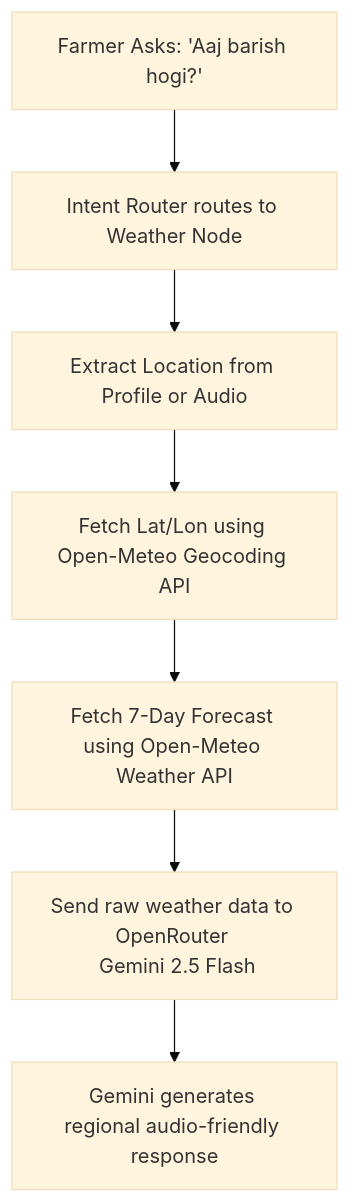
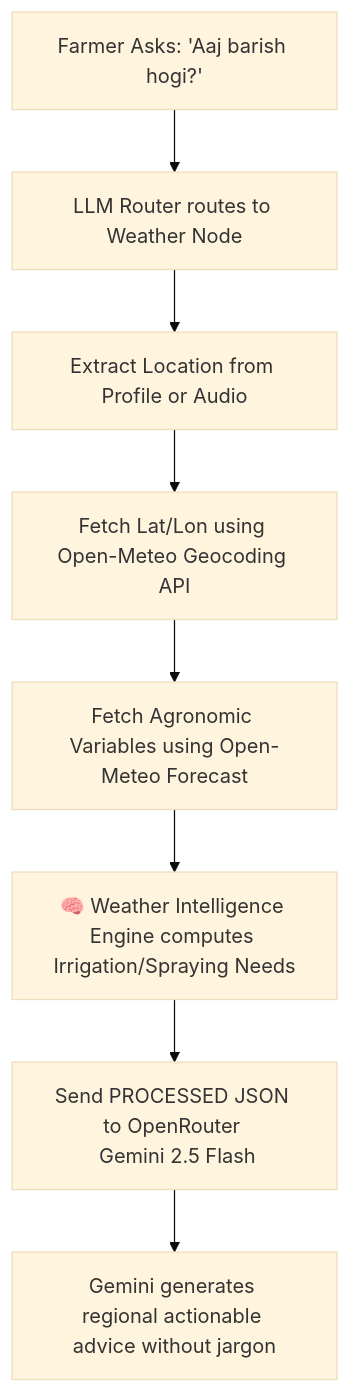
The second of 6 diagrams in README.md (Satyam2006chh/KisaanVaani--AI), drawn with Mermaid (base theme) before and after one commit. The commit also changed other lines of this file and 1 other file, not shown here.

Commit message:
feat(ai): Upgrade Intent Router to Master LLM, clean dead code, and update README architecture charts

````diff
--- a/README.md
+++ b/README.md
@@ -113,9 +113,10 @@
 ```mermaid
 graph TD
-    A[Farmer Asks: 'Aaj barish hogi?'] --> B[Intent Router routes to Weather Node]
+    A[Farmer Asks: 'Aaj barish hogi?'] --> B[LLM Router routes to Weather Node]
     B --> C[Extract Location from Profile or Audio]
     C --> D[Fetch Lat/Lon using Open-Meteo Geocoding API]
-    D --> E[Fetch 7-Day Forecast using Open-Meteo Weather API]
-    E --> F[Send raw weather data to OpenRouter <br> Gemini 2.5 Flash]
-    F --> G[Gemini generates regional audio-friendly response]
+    D --> E[Fetch Agronomic Variables using Open-Meteo Forecast]
+    E --> F[🧠 Weather Intelligence Engine computes Irrigation/Spraying Needs]
+    F --> G[Send PROCESSED JSON to OpenRouter <br> Gemini 2.5 Flash]
+    G --> H[Gemini generates regional actionable advice without jargon]
 ```
````
